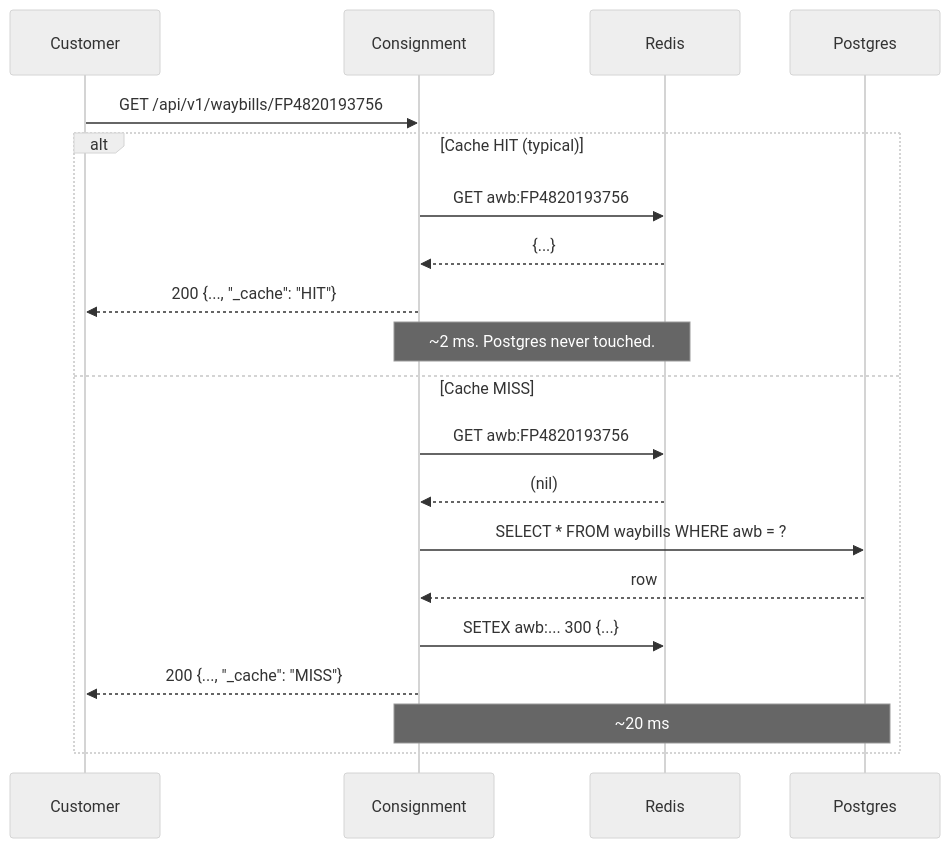
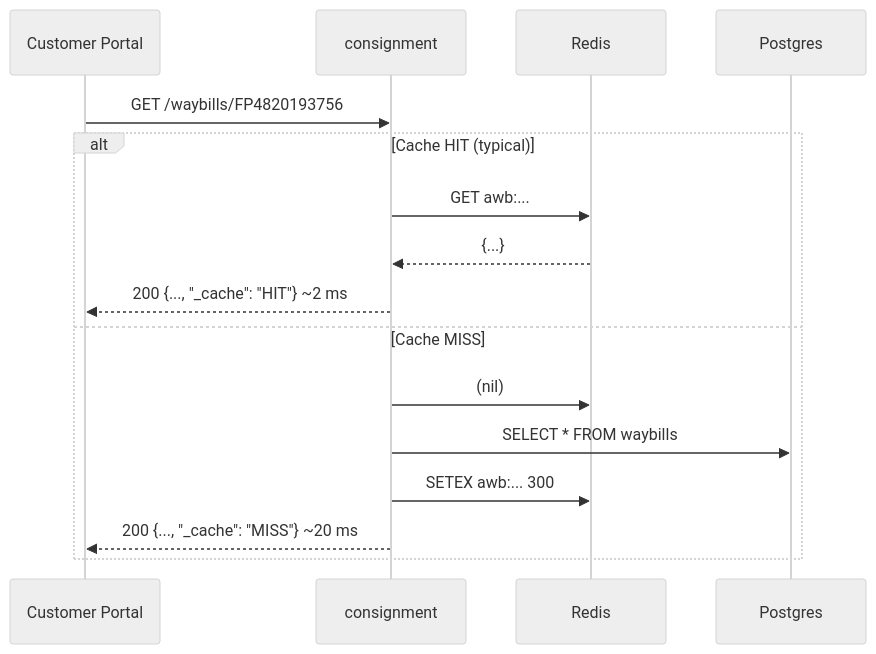
The sixth of 10 diagrams in docs/FleetPulse-Architecture.md (shashu775/fleetpulse), drawn with Mermaid (neutral theme) before and after one commit. The commit also changed other lines of this file and 40 other files, not shown here.

````diff
--- a/docs/FleetPulse-Architecture.md
+++ b/docs/FleetPulse-Architecture.md
@@ -209,24 +270,19 @@
 ```mermaid
 sequenceDiagram
-    participant U as Customer
-    participant C as Consignment
+    participant U as Customer Portal
+    participant C as consignment
     participant R as Redis
     participant P as Postgres
 
-    U->>C: GET /api/v1/waybills/FP4820193756
-
+    U->>C: GET /waybills/FP4820193756
     alt Cache HIT (typical)
-        C->>R: GET awb:FP4820193756
+        C->>R: GET awb:...
         R-->>C: {...}
-        C-->>U: 200 {..., "_cache": "HIT"}
-        Note over C,R: ~2 ms. Postgres never touched.
+        C-->>U: 200 {..., "_cache": "HIT"}     ~2 ms
     else Cache MISS
-        C->>R: GET awb:FP4820193756
-        R-->>C: (nil)
-        C->>P: SELECT * FROM waybills WHERE awb = ?
-        P-->>C: row
-        C->>R: SETEX awb:... 300 {...}
-        C-->>U: 200 {..., "_cache": "MISS"}
-        Note over C,P: ~20 ms
+        C->>R: (nil)
+        C->>P: SELECT * FROM waybills
+        C->>R: SETEX awb:... 300
+        C-->>U: 200 {..., "_cache": "MISS"}    ~20 ms
     end
 ```
````
